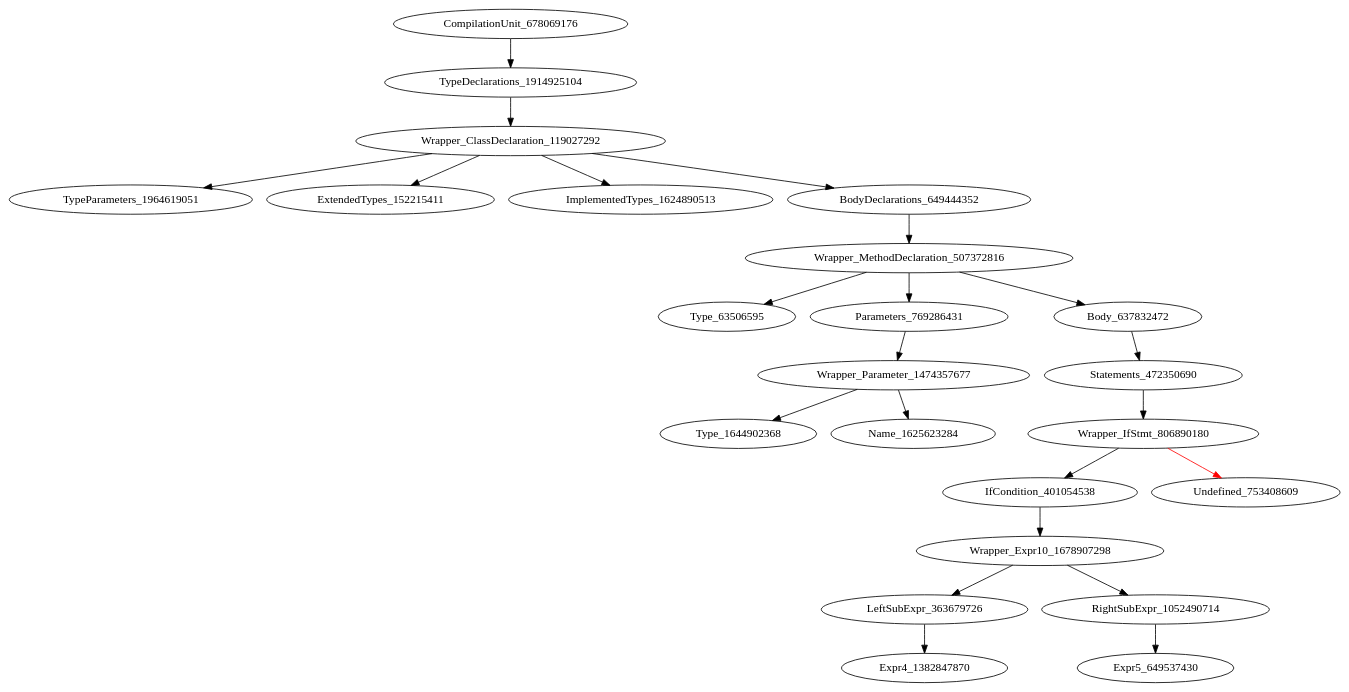
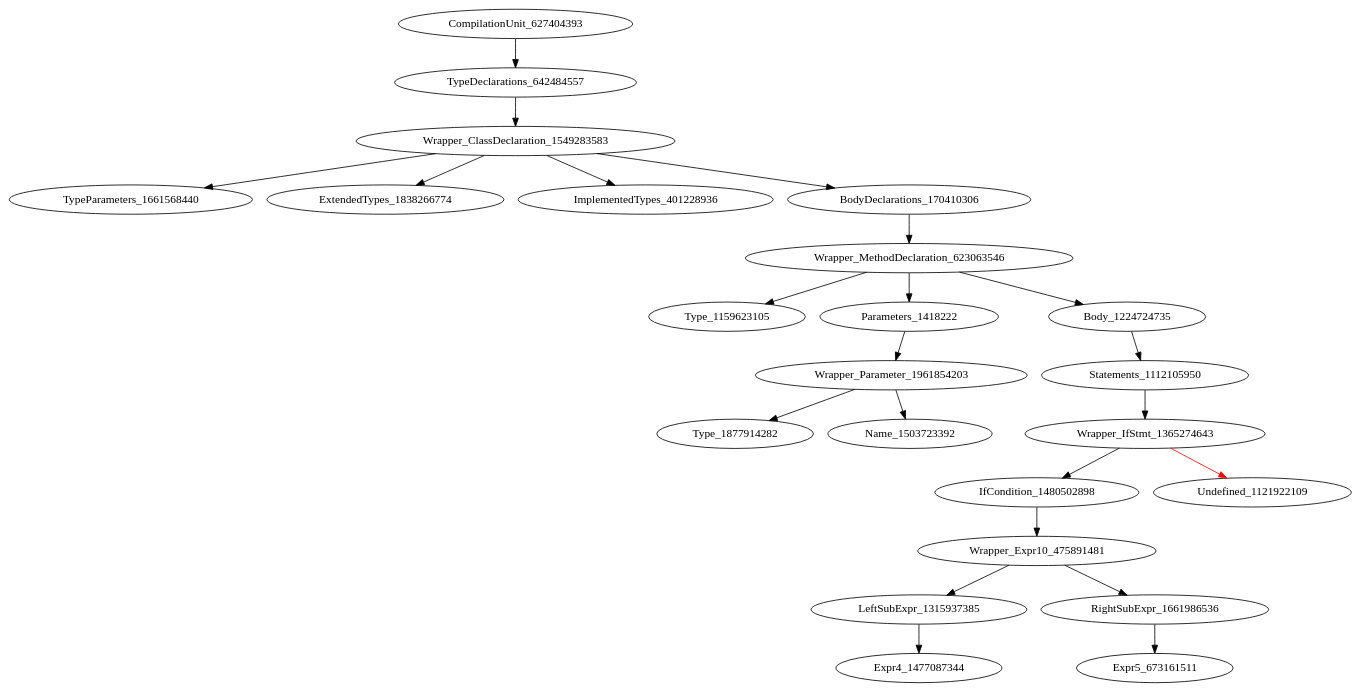
One commit to icse2023material/VoiceJava changed the diagram in holeAST.dot. Above: the diagram before and after it, drawn with Graphviz. The commit also changed 4 other files, not shown here.

```diff
--- a/holeAST.dot
+++ b/holeAST.dot
@@ -1,24 +1,24 @@
 digraph {
-CompilationUnit_678069176 -> TypeDeclarations_1914925104
-TypeDeclarations_1914925104 -> Wrapper_ClassDeclaration_119027292
-Wrapper_ClassDeclaration_119027292 -> TypeParameters_1964619051
-Wrapper_ClassDeclaration_119027292 -> ExtendedTypes_152215411
-Wrapper_ClassDeclaration_119027292 -> ImplementedTypes_1624890513
-Wrapper_ClassDeclaration_119027292 -> BodyDeclarations_649444352
-BodyDeclarations_649444352 -> Wrapper_MethodDeclaration_507372816
-Wrapper_MethodDeclaration_507372816 -> Type_63506595
-Wrapper_MethodDeclaration_507372816 -> Parameters_769286431
-Wrapper_MethodDeclaration_507372816 -> Body_637832472
-Parameters_769286431 -> Wrapper_Parameter_1474357677
-Body_637832472 -> Statements_472350690
-Wrapper_Parameter_1474357677 -> Type_1644902368
-Wrapper_Parameter_1474357677 -> Name_1625623284
-Statements_472350690 -> Wrapper_IfStmt_806890180
-Wrapper_IfStmt_806890180 -> IfCondition_401054538
-Wrapper_IfStmt_806890180 -> Undefined_753408609 [color = red] 
-IfCondition_401054538 -> Wrapper_Expr10_1678907298
-Wrapper_Expr10_1678907298 -> LeftSubExpr_363679726
-Wrapper_Expr10_1678907298 -> RightSubExpr_1052490714
-LeftSubExpr_363679726 -> Expr4_1382847870
-RightSubExpr_1052490714 -> Expr5_649537430
+CompilationUnit_627404393 -> TypeDeclarations_642484557
+TypeDeclarations_642484557 -> Wrapper_ClassDeclaration_1549283583
+Wrapper_ClassDeclaration_1549283583 -> TypeParameters_1661568440
+Wrapper_ClassDeclaration_1549283583 -> ExtendedTypes_1838266774
+Wrapper_ClassDeclaration_1549283583 -> ImplementedTypes_401228936
+Wrapper_ClassDeclaration_1549283583 -> BodyDeclarations_170410306
+BodyDeclarations_170410306 -> Wrapper_MethodDeclaration_623063546
+Wrapper_MethodDeclaration_623063546 -> Type_1159623105
+Wrapper_MethodDeclaration_623063546 -> Parameters_1418222
+Wrapper_MethodDeclaration_623063546 -> Body_1224724735
+Parameters_1418222 -> Wrapper_Parameter_1961854203
+Body_1224724735 -> Statements_1112105950
+Wrapper_Parameter_1961854203 -> Type_1877914282
+Wrapper_Parameter_1961854203 -> Name_1503723392
+Statements_1112105950 -> Wrapper_IfStmt_1365274643
+Wrapper_IfStmt_1365274643 -> IfCondition_1480502898
+Wrapper_IfStmt_1365274643 -> Undefined_1121922109 [color = red] 
+IfCondition_1480502898 -> Wrapper_Expr10_475891481
+Wrapper_Expr10_475891481 -> LeftSubExpr_1315937385
+Wrapper_Expr10_475891481 -> RightSubExpr_1661986536
+LeftSubExpr_1315937385 -> Expr4_1477087344
+RightSubExpr_1661986536 -> Expr5_673161511
 }
```
